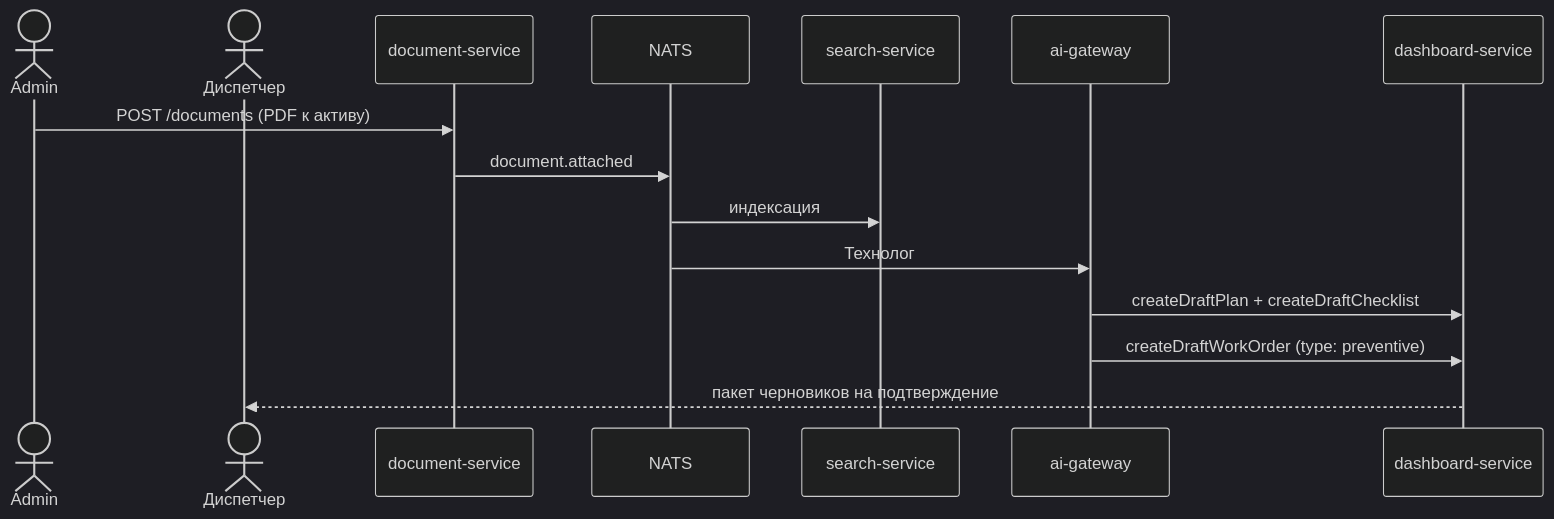
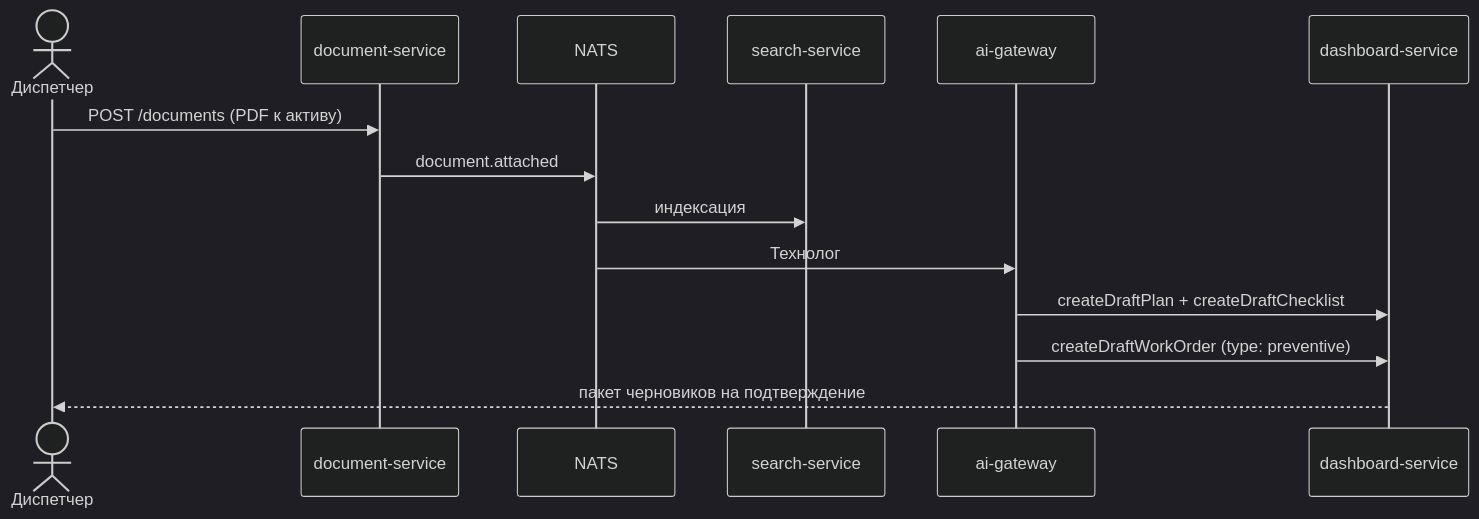
Diagram 12 of 12 in TOIR_AI_SYSTEM_DESIGN.md (masterdoc-app/masterdoc), drawn with Mermaid (dark theme) before and after one commit. The commit also changed other lines of this file and 1 other file, not shown here.

First line of the commit message:
docs: restrict admin role to system configuration only

````diff
--- a/TOIR_AI_SYSTEM_DESIGN.md
+++ b/TOIR_AI_SYSTEM_DESIGN.md
@@ -1028,18 +1030,17 @@
 ```mermaid
 sequenceDiagram
-  actor Admin as Admin
   actor Disp as Диспетчер
   participant DOC as document-service
   participant BUS as NATS
   participant SRCH as search-service
   participant AI as ai-gateway
   participant DSH as dashboard-service
 
-  Admin->>DOC: POST /documents (PDF к активу)
+  Disp->>DOC: POST /documents (PDF к активу)
   DOC->>BUS: document.attached
   BUS->>SRCH: индексация
   BUS->>AI: Технолог
   AI->>DSH: createDraftPlan + createDraftChecklist
   AI->>DSH: createDraftWorkOrder (type: preventive)
   DSH-->>Disp: пакет черновиков на подтверждение
 ```
````
